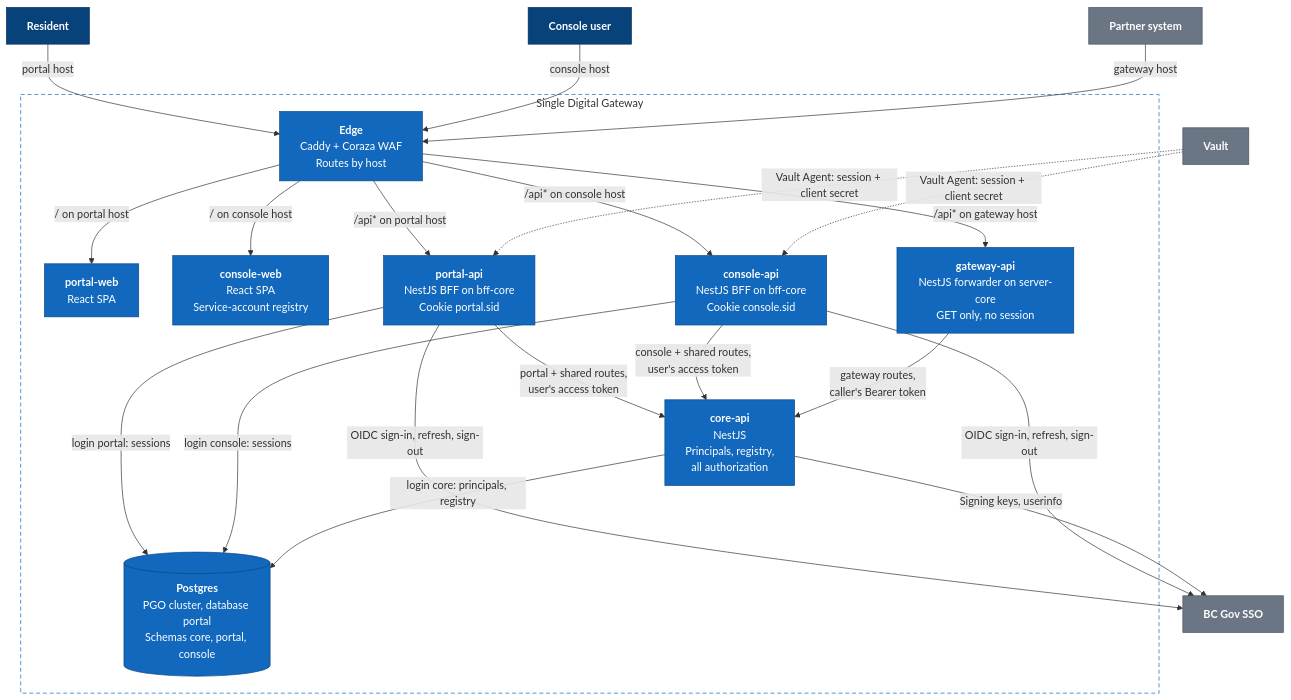
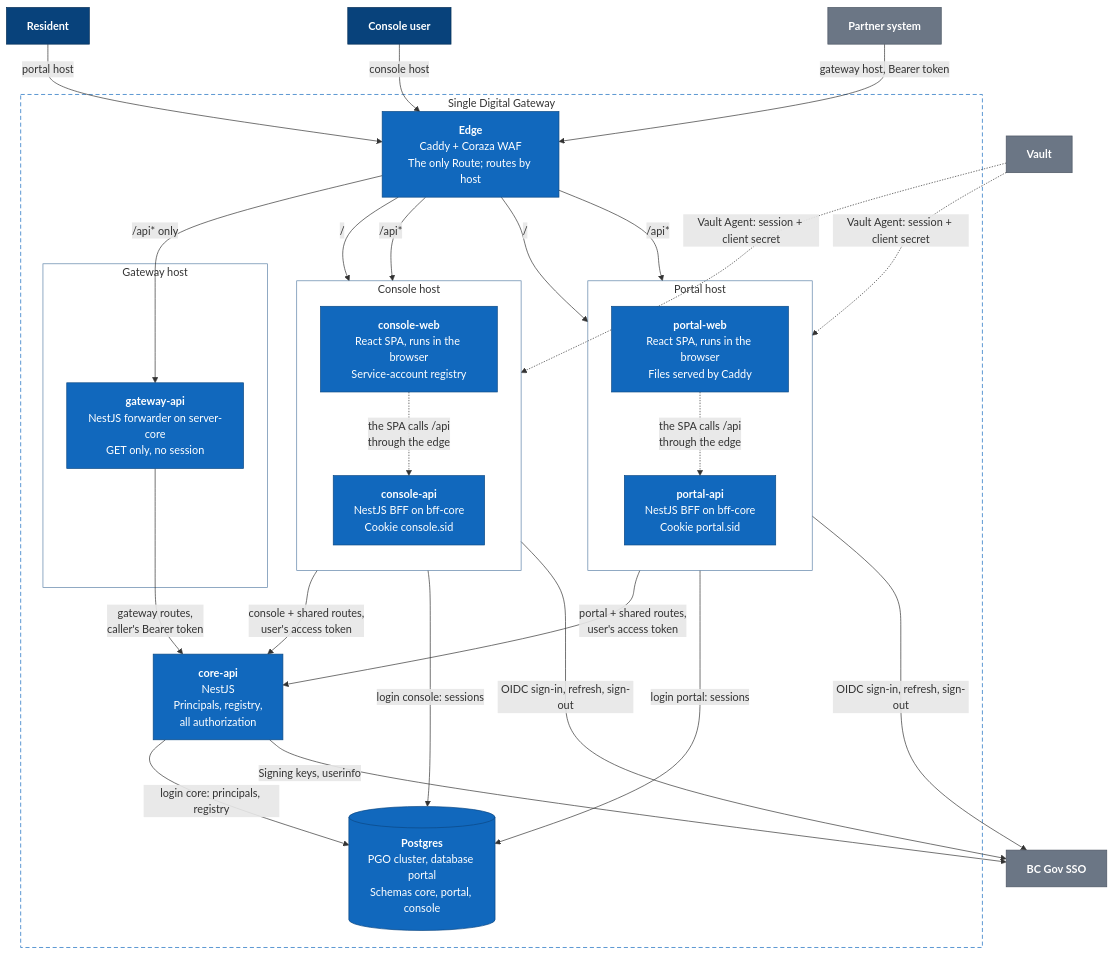
One commit to bcgov/sdg changed the second of 5 diagrams in docs/architecture.md. Above: the diagram before and after it, drawn with Mermaid. The commit also changed other lines of this file, not shown here.

Commit message:
docs: draw the container diagram as one lane per host behind the edge

````diff
--- a/docs/architecture.md
+++ b/docs/architecture.md
@@ -44,49 +44,66 @@
 ```mermaid
 flowchart TB
   resident["<b>Resident</b>"]:::person
   console["<b>Console user</b>"]:::person
   partner["<b>Partner system</b>"]:::ext
 
   subgraph SDG["Single Digital Gateway"]
-    edge["<b>Edge</b><br/>Caddy + Coraza WAF<br/>Routes by host"]:::internal
-    portalweb["<b>portal-web</b><br/>React SPA"]:::internal
-    consoleweb["<b>console-web</b><br/>React SPA<br/>Service-account registry"]:::internal
-    portalapi["<b>portal-api</b><br/>NestJS BFF on bff-core<br/>Cookie portal.sid"]:::internal
-    consoleapi["<b>console-api</b><br/>NestJS BFF on bff-core<br/>Cookie console.sid"]:::internal
-    gatewayapi["<b>gateway-api</b><br/>NestJS forwarder on server-core<br/>GET only, no session"]:::internal
+    edge["<b>Edge</b><br/>Caddy + Coraza WAF<br/>The only Route; routes by host"]:::internal
+
+    subgraph PORTAL["Portal host"]
+      direction TB
+      portalweb["<b>portal-web</b><br/>React SPA, runs in the browser<br/>Files served by Caddy"]:::internal
+      portalapi["<b>portal-api</b><br/>NestJS BFF on bff-core<br/>Cookie portal.sid"]:::internal
+    end
+
+    subgraph CONSOLE["Console host"]
+      direction TB
+      consoleweb["<b>console-web</b><br/>React SPA, runs in the browser<br/>Service-account registry"]:::internal
+      consoleapi["<b>console-api</b><br/>NestJS BFF on bff-core<br/>Cookie console.sid"]:::internal
+    end
+
+    subgraph GATEWAY["Gateway host"]
+      gatewayapi["<b>gateway-api</b><br/>NestJS forwarder on server-core<br/>GET only, no session"]:::internal
+    end
+
     coreapi["<b>core-api</b><br/>NestJS<br/>Principals, registry,<br/>all authorization"]:::internal
     db[("<b>Postgres</b><br/>PGO cluster, database portal<br/>Schemas core, portal, console")]:::internal
   end
 
   sso["<b>BC Gov SSO</b>"]:::ext
   vault["<b>Vault</b>"]:::ext
 
   resident -->|"portal host"| edge
   console -->|"console host"| edge
-  partner -->|"gateway host"| edge
+  partner -->|"gateway host, Bearer token"| edge
 
-  edge -->|"/ on portal host"| portalweb
-  edge -->|"/api* on portal host"| portalapi
-  edge -->|"/ on console host"| consoleweb
-  edge -->|"/api* on console host"| consoleapi
-  edge -->|"/api* on gateway host"| gatewayapi
+  edge -->|"/"| portalweb
+  edge -->|"/api*"| portalapi
+  portalweb -.->|"the SPA calls /api<br/>through the edge"| portalapi
+  edge -->|"/"| consoleweb
+  edge -->|"/api*"| consoleapi
+  consoleweb -.->|"the SPA calls /api<br/>through the edge"| consoleapi
+  edge -->|"/api* only"| gatewayapi
 
   portalapi -->|"portal + shared routes,<br/>user's access token"| coreapi
   consoleapi -->|"console + shared routes,<br/>user's access token"| coreapi
   gatewayapi -->|"gateway routes,<br/>caller's Bearer token"| coreapi
 
   portalapi -->|"login portal: sessions"| db
   consoleapi -->|"login console: sessions"| db
   coreapi -->|"login core: principals, registry"| db
 
   portalapi -->|"OIDC sign-in, refresh, sign-out"| sso
   consoleapi -->|"OIDC sign-in, refresh, sign-out"| sso
   coreapi -->|"Signing keys, userinfo"| sso
   vault -.->|"Vault Agent: session + client secret"| portalapi
   vault -.->|"Vault Agent: session + client secret"| consoleapi
 
   classDef person fill:#08427b,stroke:#052e56,color:#ffffff
   classDef internal fill:#1168bd,stroke:#0b4884,color:#ffffff
   classDef ext fill:#6b7685,stroke:#4b5563,color:#ffffff
   style SDG fill:none,stroke:#1168bd,stroke-dasharray:6 4
+  style PORTAL fill:none,stroke:#5d82a8
+  style CONSOLE fill:none,stroke:#5d82a8
+  style GATEWAY fill:none,stroke:#5d82a8
 ```
````
